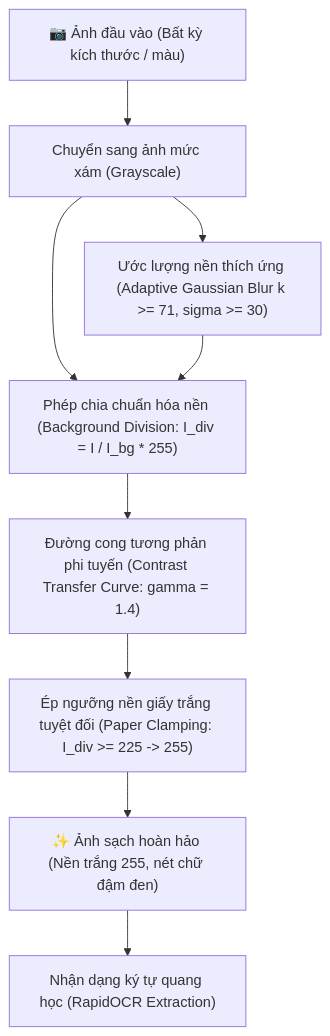
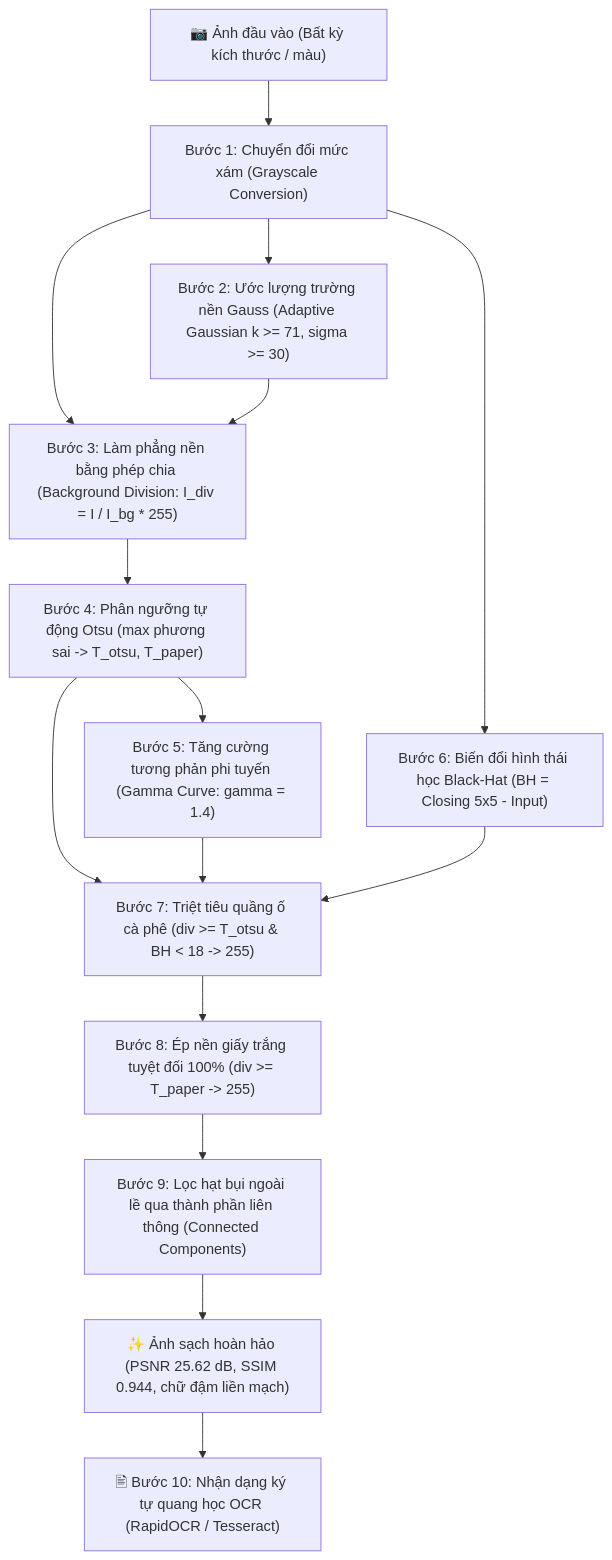
One commit to perfectozuryb-jpg/X-l-nh changed the diagram in README.md. Above: the diagram before and after it, drawn with Mermaid. The commit also changed other lines of this file and 6 other files, not shown here.

Commit message:
feat: Chuan hoa toan bo quy trinh 9 buoc DIP (Otsu + Black-Hat), go bo Streamlit va lam sach ma nguon

````diff
--- a/README.md
+++ b/README.md
@@ -27,10 +27,14 @@
 ```mermaid
 flowchart TD
-    A["📷 Ảnh đầu vào (Bất kỳ kích thước / màu)"] --> B["Chuyển sang ảnh mức xám (Grayscale)"]
-    B --> C["Ước lượng nền thích ứng (Adaptive Gaussian Blur k >= 71, sigma >= 30)"]
-    B & C --> D["Phép chia chuẩn hóa nền (Background Division: I_div = I / I_bg * 255)"]
-    D --> E["Đường cong tương phản phi tuyến (Contrast Transfer Curve: gamma = 1.4)"]
-    E --> F["Ép ngưỡng nền giấy trắng tuyệt đối (Paper Clamping: I_div >= 225 -> 255)"]
-    F --> G["✨ Ảnh sạch hoàn hảo (Nền trắng 255, nét chữ đậm đen)"]
-    G --> H["Nhận dạng ký tự quang học (RapidOCR Extraction)"]
+    A["📷 Ảnh đầu vào (Bất kỳ kích thước / màu)"] --> B["Bước 1: Chuyển đổi mức xám (Grayscale Conversion)"]
+    B --> C["Bước 2: Ước lượng trường nền Gauss (Adaptive Gaussian k >= 71, sigma >= 30)"]
+    B & C --> D["Bước 3: Làm phẳng nền bằng phép chia (Background Division: I_div = I / I_bg * 255)"]
+    D --> E["Bước 4: Phân ngưỡng tự động Otsu (max phương sai -> T_otsu, T_paper)"]
+    E --> F["Bước 5: Tăng cường tương phản phi tuyến (Gamma Curve: gamma = 1.4)"]
+    B --> G["Bước 6: Biến đổi hình thái học Black-Hat (BH = Closing 5x5 - Input)"]
+    E & F & G --> H["Bước 7: Triệt tiêu quầng ố cà phê (div >= T_otsu & BH < 18 -> 255)"]
+    H --> I["Bước 8: Ép nền giấy trắng tuyệt đối 100% (div >= T_paper -> 255)"]
+    I --> J["Bước 9: Lọc hạt bụi ngoài lề qua thành phần liên thông (Connected Components)"]
+    J --> K["✨ Ảnh sạch hoàn hảo (PSNR 25.62 dB, SSIM 0.944, chữ đậm liền mạch)"]
+    K --> L["🖹 Bước 10: Nhận dạng ký tự quang học OCR (RapidOCR / Tesseract)"]
 ```
````
